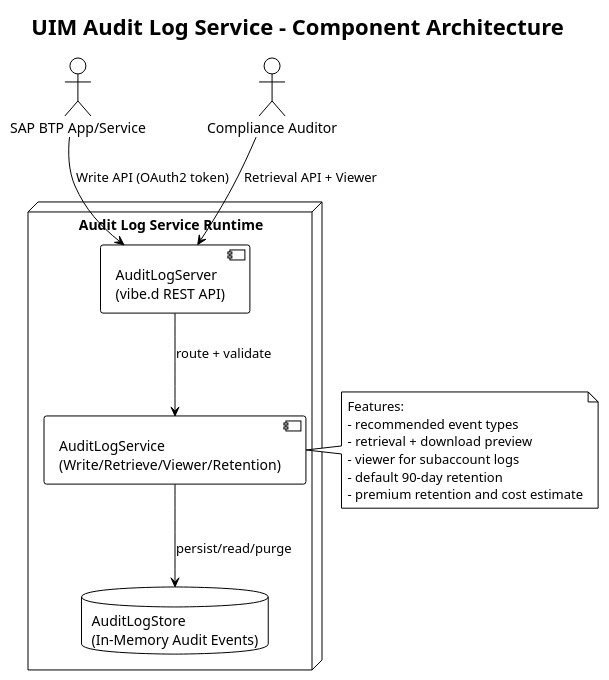
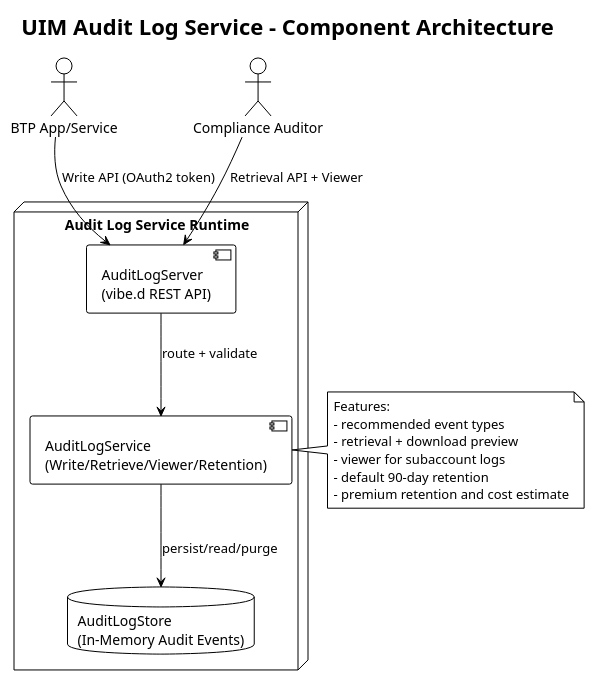
The diagram in audit-log/docs/uml/component-architecture.puml (UIMSolutions/uim-sap-services), drawn with PlantUML before and after one commit. The commit also changed 172 other files, not shown here.

```diff
--- a/audit-log/docs/uml/component-architecture.puml
+++ b/audit-log/docs/uml/component-architecture.puml
@@ -1,29 +1,29 @@
 @startuml component_architecture
 !theme plain
 
 title UIM Audit Log Service - Component Architecture
 
-actor "SAP BTP App/Service" as Producer
+actor "BTP App/Service" as Producer
 actor "Compliance Auditor" as Auditor
 
 node "Audit Log Service Runtime" {
   component "AuditLogServer\n(vibe.d REST API)" as Api
   component "AuditLogService\n(Write/Retrieve/Viewer/Retention)" as Domain
   database "AuditLogStore\n(In-Memory Audit Events)" as Store
 }
 
 Producer --> Api : Write API (OAuth2 token)
 Auditor --> Api : Retrieval API + Viewer
 Api --> Domain : route + validate
 Domain --> Store : persist/read/purge
 
 note right of Domain
 Features:
 - recommended event types
 - retrieval + download preview
 - viewer for subaccount logs
 - default 90-day retention
 - premium retention and cost estimate
 end note
 
 @enduml
```
